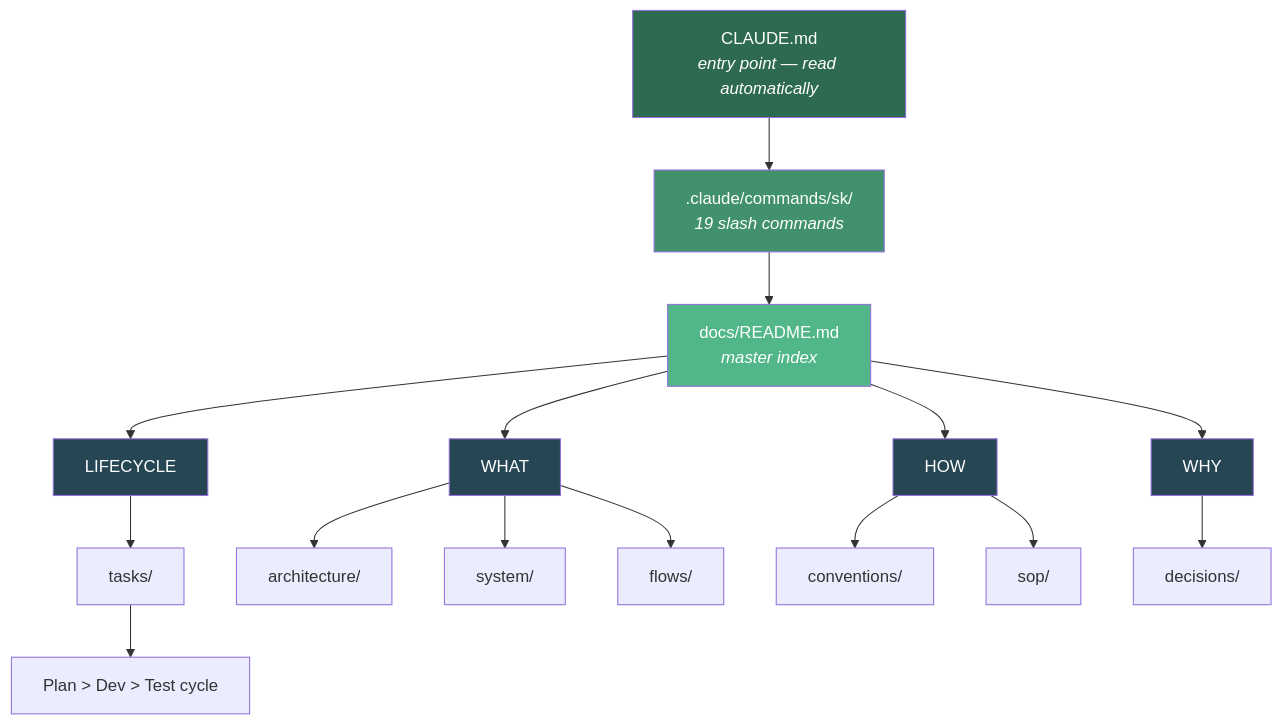
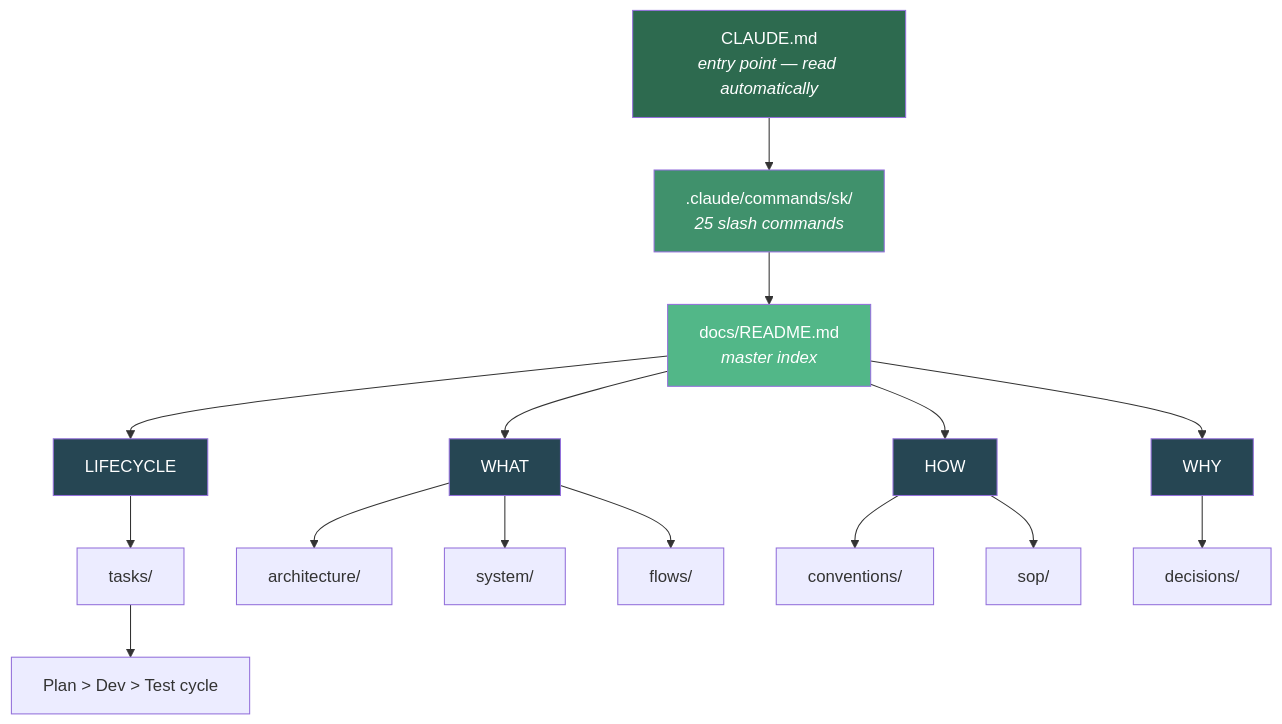
The first of 5 diagrams in Readme.md (moniav/sk), drawn with Mermaid before and after one commit. The commit also changed other lines of this file and 8 other files, not shown here.

````diff
--- a/Readme.md
+++ b/Readme.md
@@ -9,30 +9,30 @@
 ```mermaid
 graph TD
-    A["CLAUDE.md<br/><i>entry point — read automatically</i>"] --> B[".claude/commands/sk/<br/><i>19 slash commands</i>"]
+    A["CLAUDE.md<br/><i>entry point — read automatically</i>"] --> B[".claude/commands/sk/<br/><i>25 slash commands</i>"]
     B --> C["docs/README.md<br/><i>master index</i>"]
 
     C --> D["LIFECYCLE"]
     C --> E["WHAT"]
     C --> F["WHY"]
     C --> G["HOW"]
 
     D --> D1["tasks/"]
     D1 --> D2["Plan > Dev > Test cycle"]
 
     E --> E1["architecture/"]
     E --> E2["system/"]
     E --> E3["flows/"]
 
     G --> G1["conventions/"]
     G --> G2["sop/"]
 
     F --> F1["decisions/"]
 
     style A fill:#2d6a4f,color:#fff
     style B fill:#40916c,color:#fff
     style C fill:#52b788,color:#fff
     style D fill:#264653,color:#fff
     style E fill:#264653,color:#fff
     style F fill:#264653,color:#fff
     style G fill:#264653,color:#fff
 ```
````
